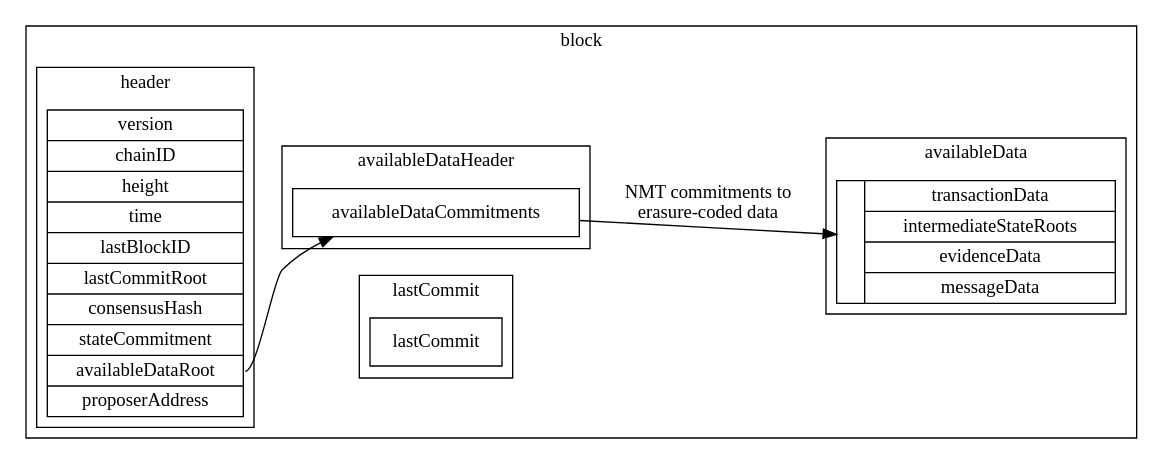
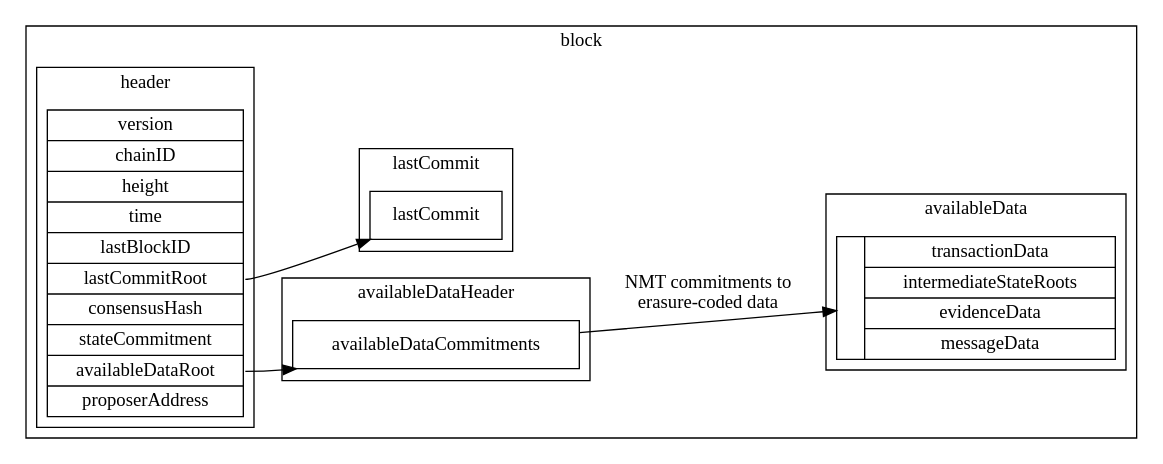
One commit to celestiaorg/celestia-specs changed the diagram in specs/figures/block_data_structures.dot. Above: the diagram before and after it, drawn with Graphviz. The commit also changed 1 other file, not shown here.

Commit message:
Fix data structures figure to have last commit root point to last commit.

```diff
--- a/specs/figures/block_data_structures.dot
+++ b/specs/figures/block_data_structures.dot
@@ -1,35 +1,36 @@
 digraph G {
     rankdir = "LR";
     node [shape = record];
 
     subgraph cluster_block {
         label = "block";
 
-        subgraph cluster_lastcommit {
-            label = "lastCommit";
-            struct4 [label = "{lastCommit}"];
+        subgraph cluster_availableheader {
+            label = "availableDataHeader";
+            struct4 [label = "{<f0> availableDataCommitments}"];
         }
 
         subgraph cluster_body {
             label = "availableData";
             struct3 [label = "{ | { transactionData | intermediateStateRoots | evidenceData | messageData } }"];
         }
 
-        subgraph cluster_availableheader {
-            label = "availableDataHeader";
-            struct2 [label = "{<f0> availableDataCommitments}"];
+        subgraph cluster_lastcommit {
+            label = "lastCommit";
+            struct2 [label = "{lastCommit}"];
         }
 
         subgraph cluster_header {
             label = "header";
-            struct1 [label = "version | chainID | height | time | lastBlockID | lastCommitRoot | consensusHash | stateCommitment | <f8> availableDataRoot | proposerAddress"];
+            struct1 [label = "version | chainID | height | time | lastBlockID | <f5> lastCommitRoot | consensusHash | stateCommitment | <f8> availableDataRoot | proposerAddress"];
         }
     }
 
-    struct1:f8 -> struct2;
-    struct2:f0 -> struct3 [label = "NMT commitments to\nerasure-coded data"];
+    struct1:f5 -> struct2;
+    struct1:f8 -> struct4;
+    struct4:f0 -> struct3 [label = "NMT commitments to\nerasure-coded data"];
 
     edge [style = invis];
     struct1 -> struct3;
     struct1 -> struct4;
 }
```
